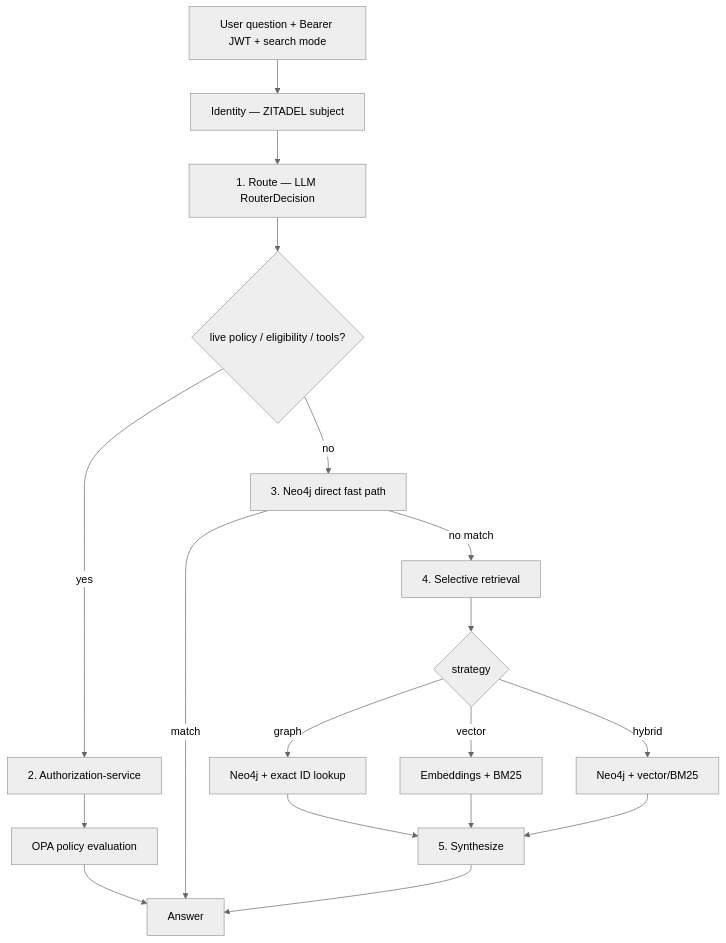
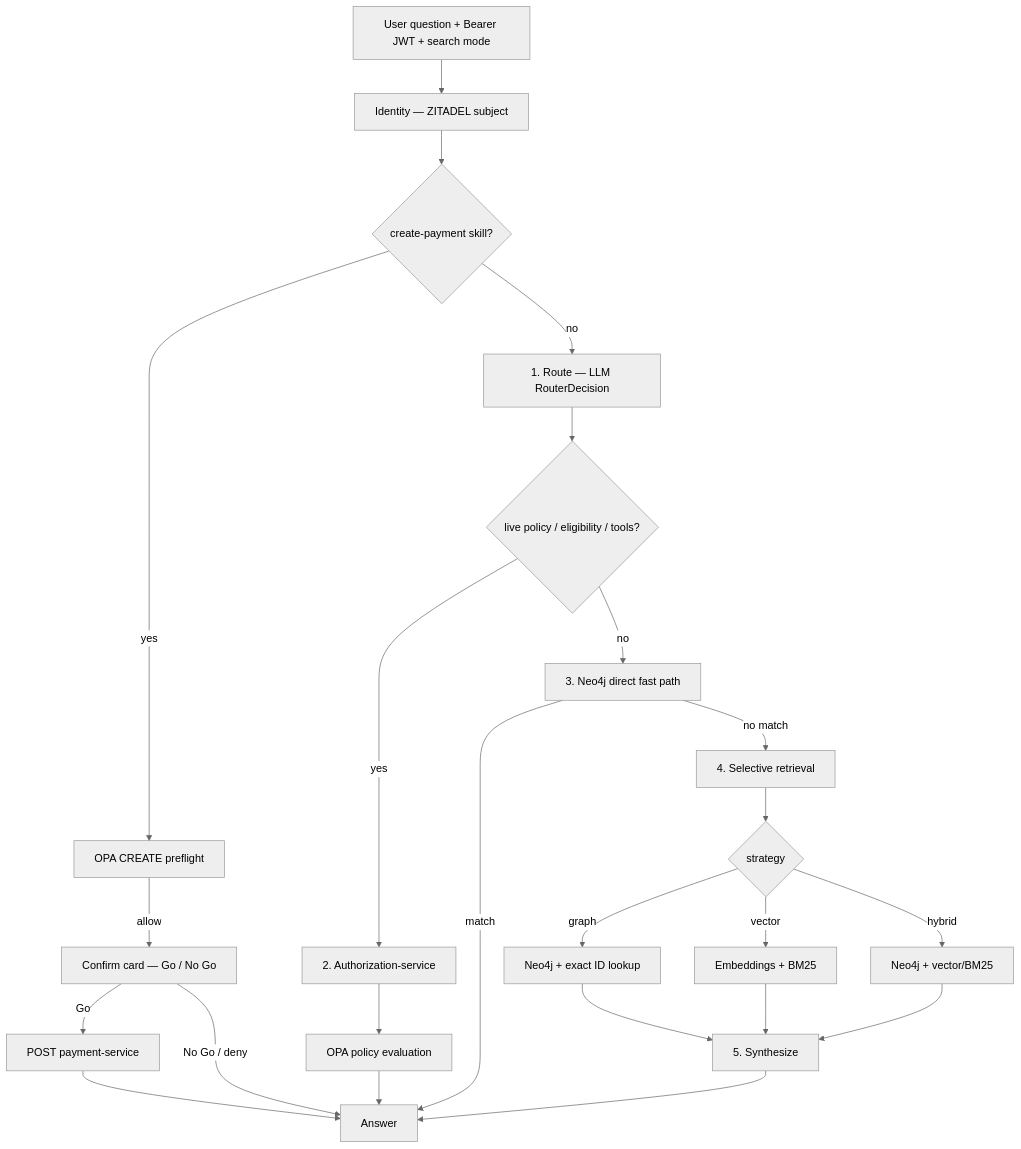
Before and after one commit to sanjuthomas/policy-pilot: the diagram in README.md, drawn with Mermaid (neutral theme). The commit also changed other lines of this file and 2 other files, not shown here.

First line of the commit message:
Document the create-payment mutation skill in README and sample questions.

````diff
--- a/README.md
+++ b/README.md
@@ -86,20 +94,26 @@
 ```mermaid
 flowchart TD
     Q["User question + Bearer JWT + search mode"] --> ID[Identity — ZITADEL subject]
-    ID --> R[1. Route — LLM RouterDecision]
+    ID --> SK{create-payment skill?}
+    SK -->|yes| PRE[OPA CREATE preflight]
+    PRE -->|allow| CONF[Confirm card — Go / No Go]
+    CONF -->|Go| PAY[POST payment-service]
+    PAY --> A[Answer]
+    CONF -->|No Go / deny| A
+    SK -->|no| R[1. Route — LLM RouterDecision]
     R --> E{live policy / eligibility / tools?}
     E -->|yes| AZ[2. Authorization-service]
     AZ --> OPA[OPA policy evaluation]
-    OPA --> A[Answer]
+    OPA --> A
     E -->|no| D[3. Neo4j direct fast path]
     D -->|match| A
     D -->|no match| RET[4. Selective retrieval]
     RET --> G{strategy}
     G -->|graph| N[Neo4j + exact ID lookup]
     G -->|vector| V[Embeddings + BM25]
     G -->|hybrid| H[Neo4j + vector/BM25]
     N --> S[5. Synthesize]
     V --> S
     H --> S
     S --> A
 ```
````
